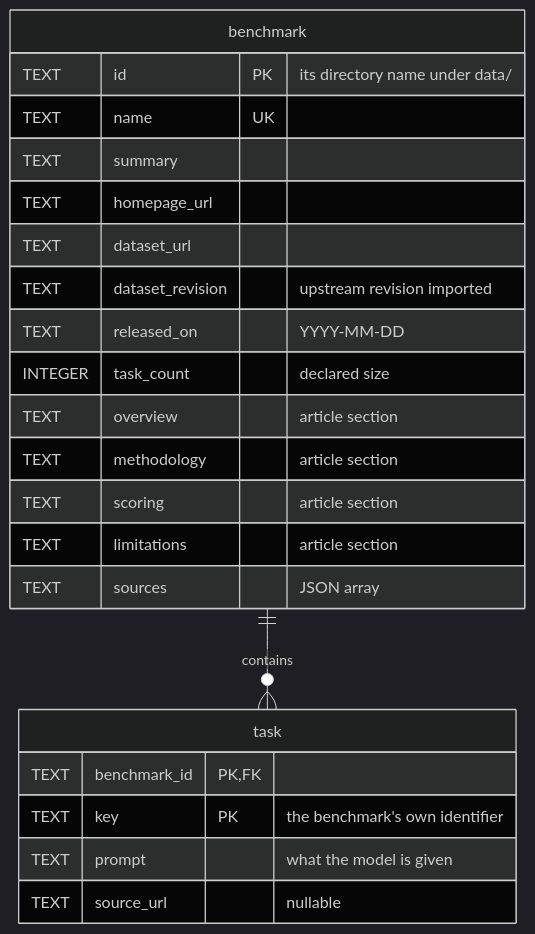
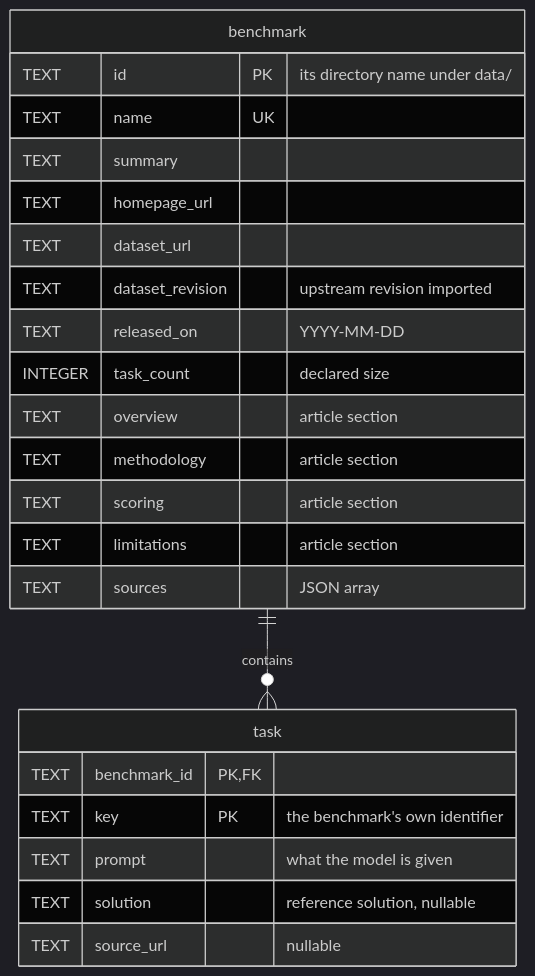
The diagram in README.md (khooeee/benchopedia), drawn with Mermaid (dark theme) before and after one commit. The commit also changed other lines of this file and 5 other files, not shown here.

````diff
--- a/README.md
+++ b/README.md
@@ -27,26 +27,27 @@
 ```mermaid
 erDiagram
     benchmark ||--o{ task : contains
 
     benchmark {
         TEXT id PK "its directory name under data/"
         TEXT name UK
         TEXT summary
         TEXT homepage_url
         TEXT dataset_url
         TEXT dataset_revision "upstream revision imported"
         TEXT released_on "YYYY-MM-DD"
         INTEGER task_count "declared size"
         TEXT overview "article section"
         TEXT methodology "article section"
         TEXT scoring "article section"
         TEXT limitations "article section"
         TEXT sources "JSON array"
     }
     task {
         TEXT benchmark_id PK, FK
         TEXT key PK "the benchmark's own identifier"
         TEXT prompt "what the model is given"
+        TEXT solution "reference solution, nullable"
         TEXT source_url "nullable"
     }
 ```
````
